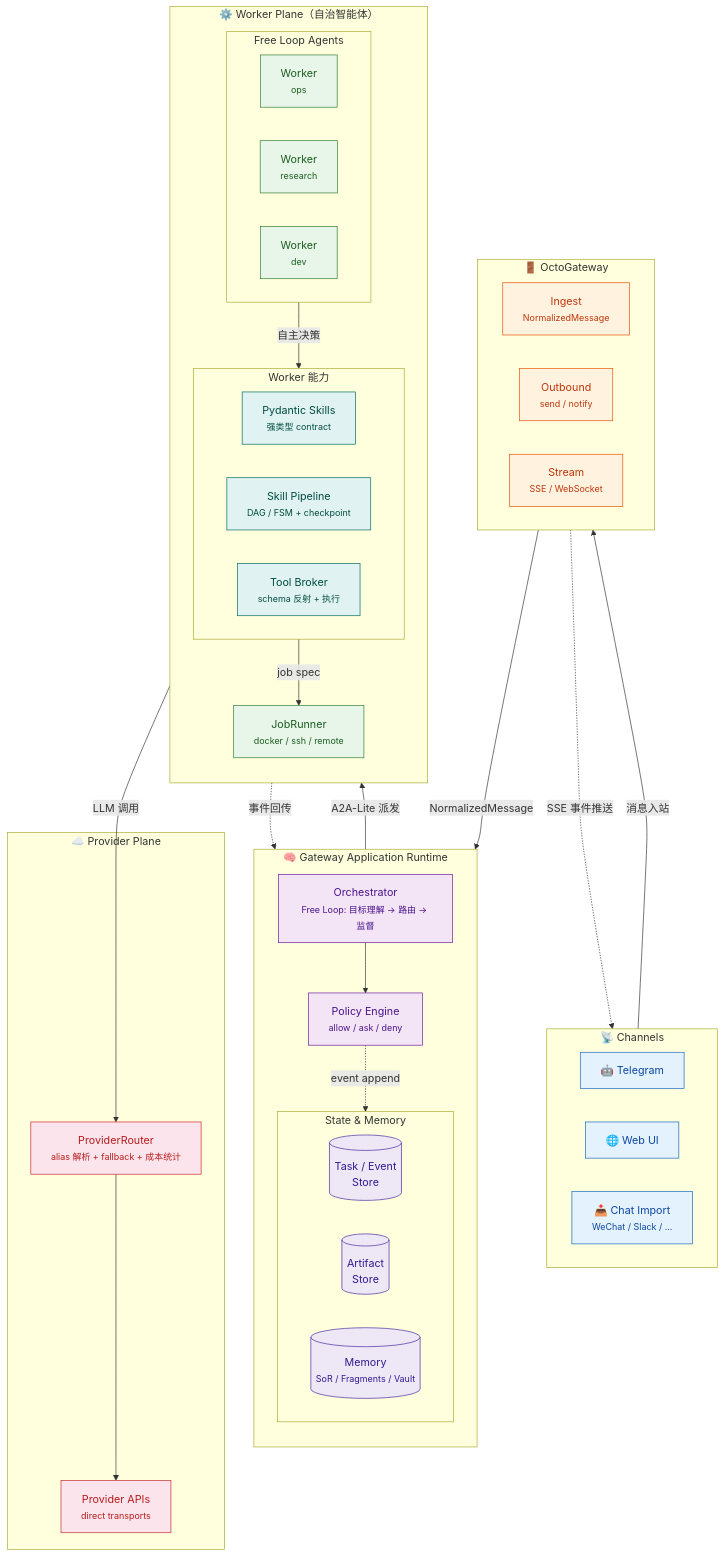
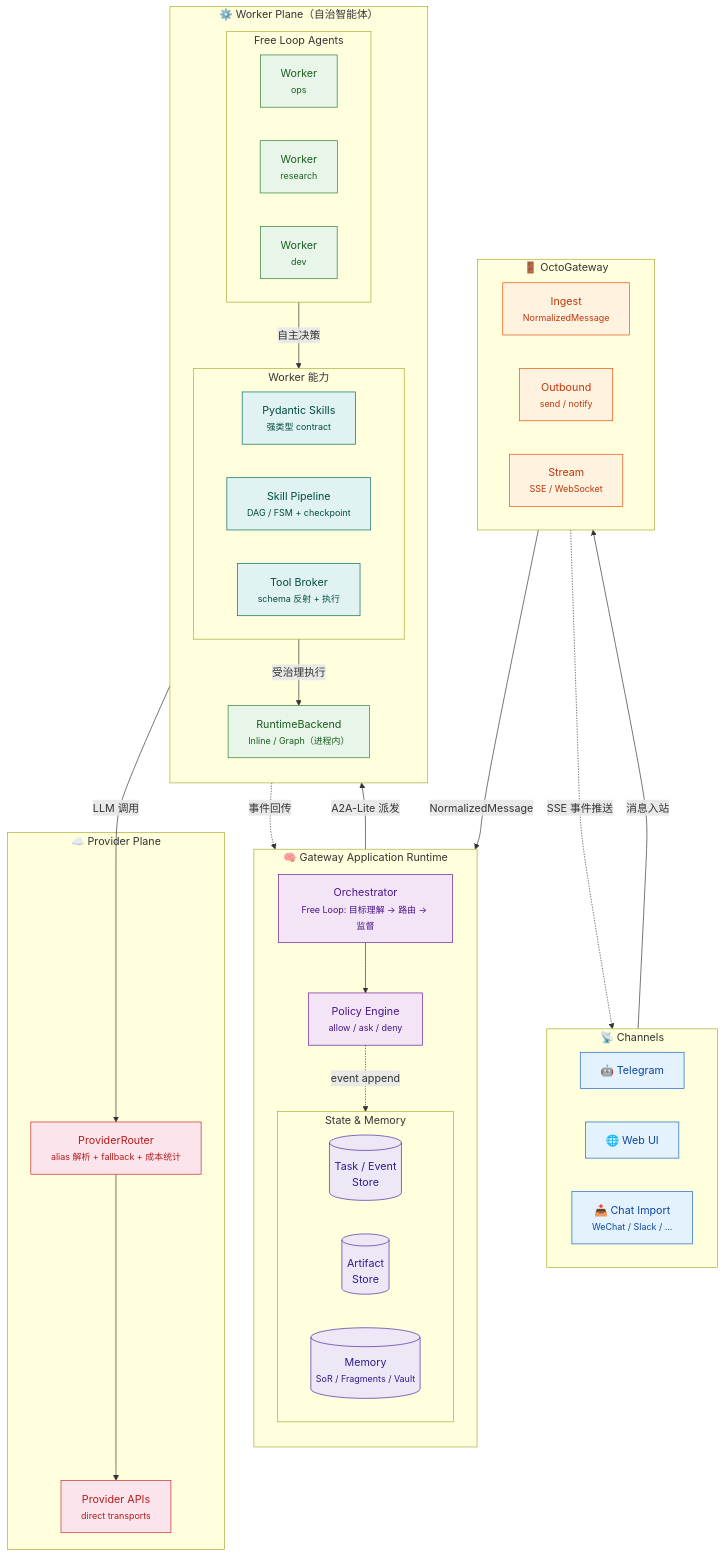
One commit to connor-git-yaml/OctoAgent changed the diagram in docs/blueprint/architecture-overview.md. Above: the diagram before and after it, drawn with Mermaid. The commit also changed other lines of this file and 10 other files, not shown here.

````diff
--- a/docs/blueprint/architecture-overview.md
+++ b/docs/blueprint/architecture-overview.md
@@ -87,10 +87,10 @@
       TOOLS["Tool Broker<br/><small>schema 反射 + 执行</small>"]
     end
 
-    JR["JobRunner<br/><small>docker / ssh / remote</small>"]
+    RB["RuntimeBackend<br/><small>Inline / Graph（进程内）</small>"]
 
     Workers -->|"自主决策"| Capabilities
-    Capabilities -->|job spec| JR
+    Capabilities -->|"受治理执行"| RB
   end
 
   subgraph Provider["☁️ Provider Plane"]
@@ -119,7 +119,7 @@
   class IN,OUT,STRM gateway
   class ROUTER,POLICY kernel
   class TASKS,ART,MEM store
-  class W1,W2,W3,JR worker
+  class W1,W2,W3,RB worker
   class SKILLS,GRAPH,TOOLS capability
   class ROUTE,LLM provider
 ```
````
